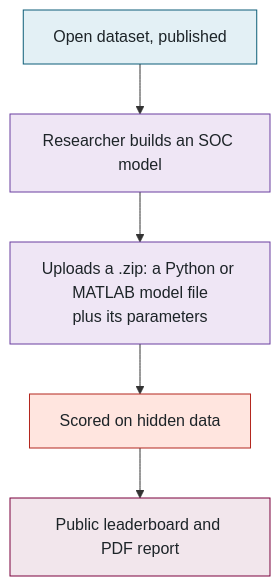
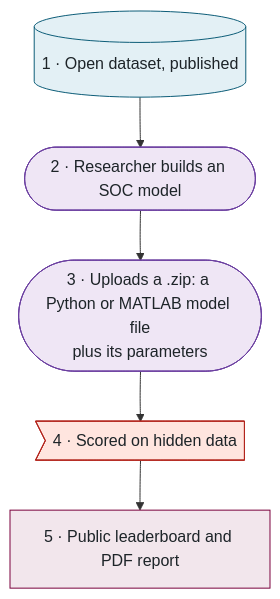
The first of 11 diagrams in docs/walkthrough/ALL-IN-ONE.md (McMaster-Battery-Research-Group/battery-soc-benchmark), drawn with Mermaid before and after one commit. The commit also changed other lines of this file and 46 other files, not shown here.

````diff
--- a/docs/walkthrough/ALL-IN-ONE.md
+++ b/docs/walkthrough/ALL-IN-ONE.md
@@ -62,15 +87,15 @@
 ```mermaid
 flowchart TB
-    A["Open dataset, published"] --> B["Researcher builds an SOC model"]
-    B --> C["Uploads a .zip: a Python or MATLAB model file<br/>plus its parameters"]
-    C --> D["Scored on hidden data"]
-    D --> E["Public leaderboard and PDF report"]
+    A[("1 · Open dataset, published")] --> B(["2 · Researcher builds an SOC model"])
+    B --> C(["3 · Uploads a .zip: a Python or MATLAB model file<br/>plus its parameters"])
+    C --> D>"4 · Scored on hidden data"]
+    D --> E["5 · Public leaderboard and PDF report"]
     classDef data fill:#E3F0F5,stroke:#0D5D78,color:#1d2428
     classDef person fill:#EFE6F5,stroke:#6B3FA0,color:#1d2428
     classDef danger fill:#FFE5DF,stroke:#B3261E,color:#1d2428
     classDef web fill:#F2E6EC,stroke:#7A003C,color:#1d2428
     class A data
     class B,C person
     class D danger
     class E web
 ```
````
